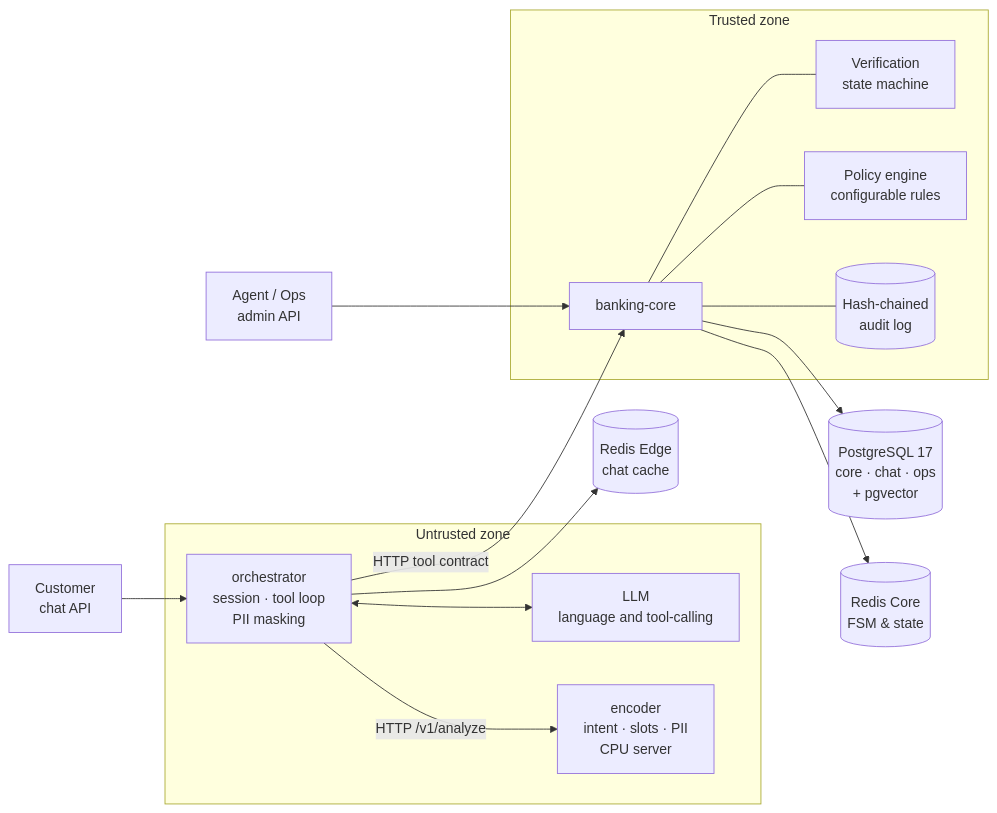
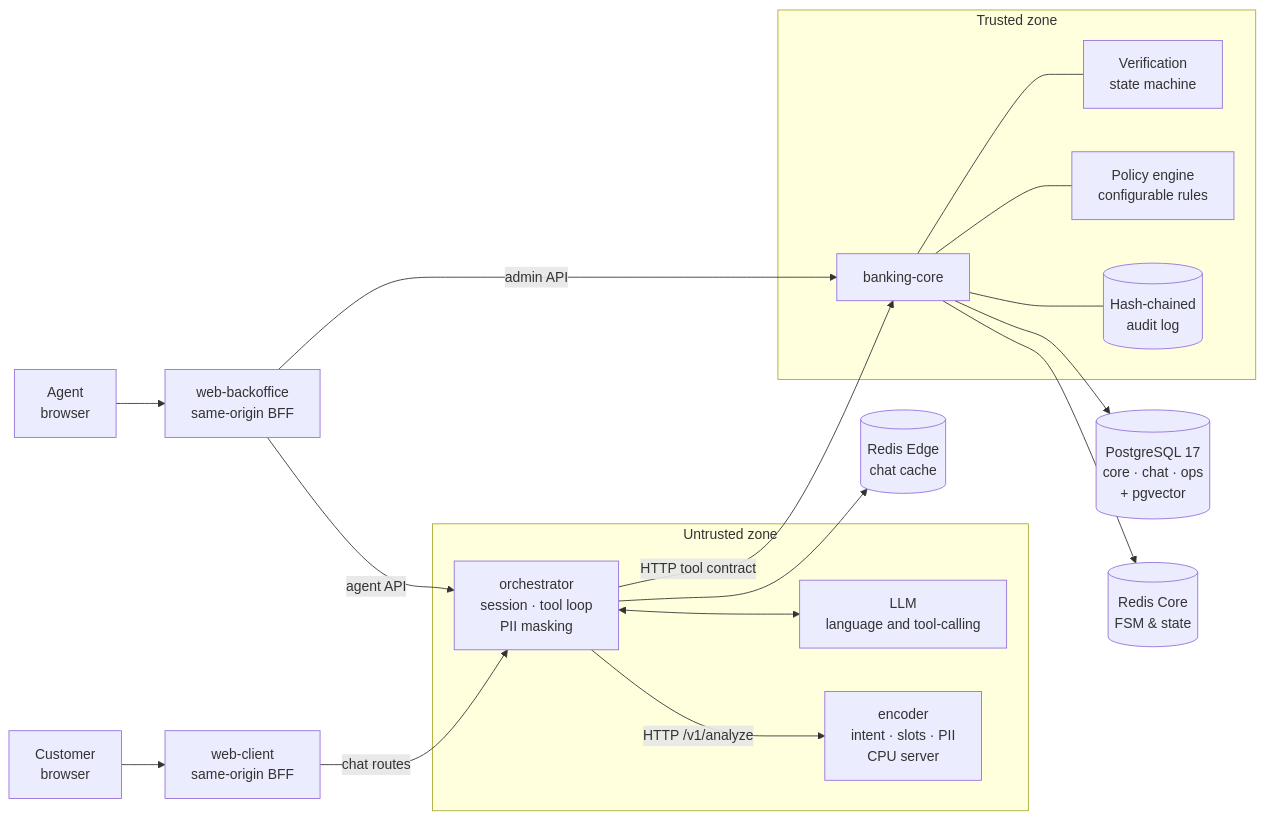
One commit to Nekobus-Bo/factored-hackathon-2026-Nekobus changed the diagram in README.md. Above: the diagram before and after it, drawn with Mermaid. The commit also changed other lines of this file, not shown here.

````diff
--- a/README.md
+++ b/README.md
@@ -45,27 +49,30 @@
 ```mermaid
 flowchart LR
-    C[Customer<br/>chat API] --> ORC
-    A[Agent / Ops<br/>admin API] --> CORE
+    C[Customer<br/>browser] --> WC[web-client<br/>same-origin BFF]
+    A[Agent<br/>browser] --> WB[web-backoffice<br/>same-origin BFF]
+    WC -->|chat routes| ORC
+    WB -->|agent API| ORC
+    WB -->|admin API| CORE
 
     subgraph EXT [Untrusted zone]
         ORC[orchestrator<br/>session · tool loop<br/>PII masking]
         ORC <--> LLM[LLM<br/>language and tool-calling]
         ORC -->|HTTP /v1/analyze| ENC[encoder<br/>intent · slots · PII<br/>CPU server]
     end
 
     ORC -->|HTTP tool contract| CORE
 
     subgraph INT [Trusted zone]
         CORE[banking-core]
         FSM[Verification<br/>state machine]
         POL[Policy engine<br/>configurable rules]
         AUD[(Hash-chained<br/>audit log)]
         CORE --- FSM
         CORE --- POL
         CORE --- AUD
     end
 
     CORE --> DB[(PostgreSQL 17<br/>core · chat · ops<br/>+ pgvector)]
     CORE --> RC[(Redis Core<br/>FSM & state)]
     ORC --> RE[(Redis Edge<br/>chat cache)]
 ```
````
